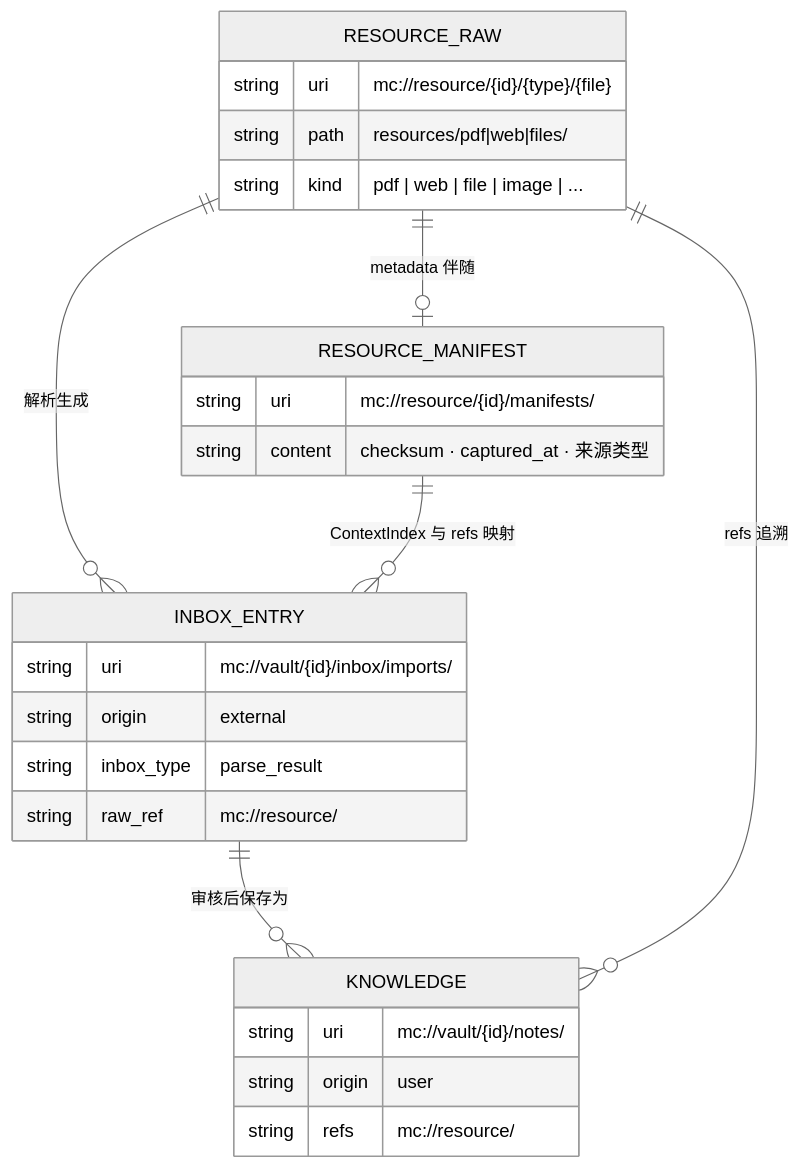
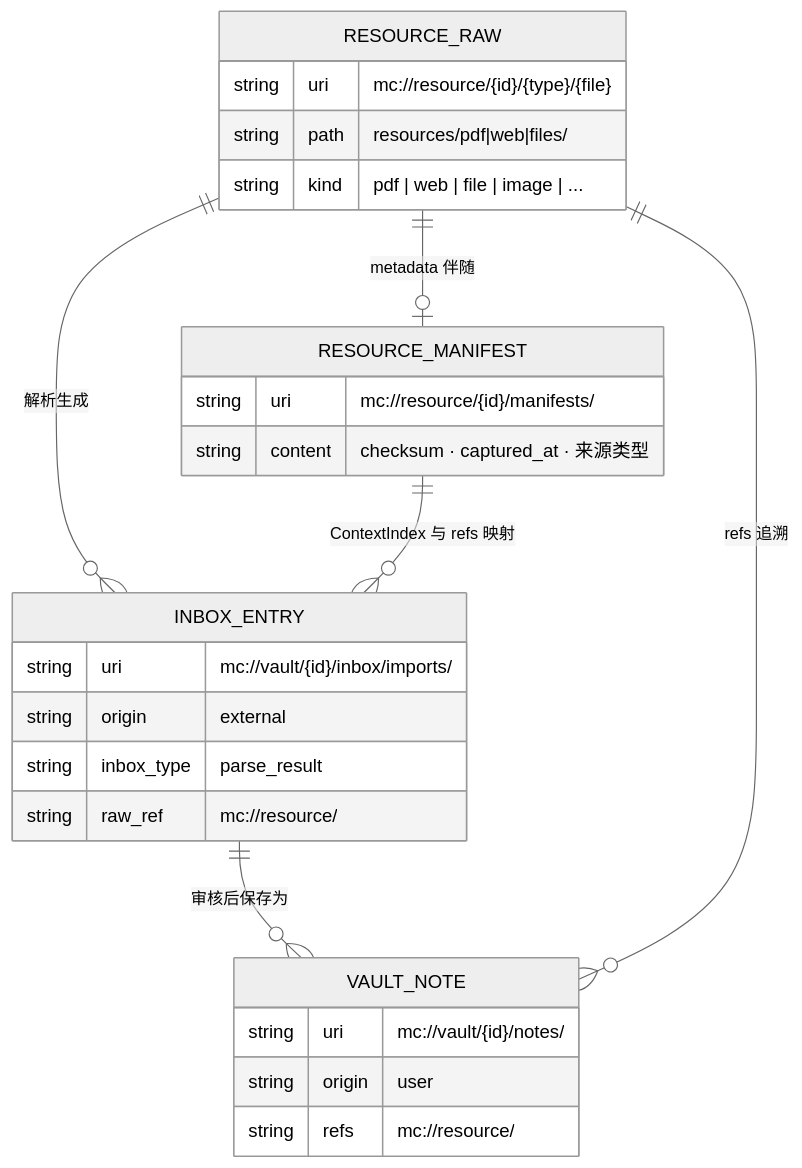
One commit to zhuxining/MindClaw changed the first of 4 diagrams in docs/architecture/06-storage.md. Above: the diagram before and after it, drawn with Mermaid (neutral theme). The commit also changed other lines of this file and 45 other files, not shown here.

First line of the commit message:
refactor: unify terminology from Knowledge to Vault

````diff
--- a/docs/architecture/06-storage.md
+++ b/docs/architecture/06-storage.md
@@ -72,32 +72,32 @@
 ```mermaid
 erDiagram
     RESOURCE_RAW ||--o| RESOURCE_MANIFEST : "metadata 伴随"
     RESOURCE_RAW ||--o{ INBOX_ENTRY : "解析生成"
     RESOURCE_MANIFEST ||--o{ INBOX_ENTRY : "ContextIndex 与 refs 映射"
-    INBOX_ENTRY ||--o{ KNOWLEDGE : "审核后保存为"
-    KNOWLEDGE }o--|| RESOURCE_RAW : "refs 追溯"
+    INBOX_ENTRY ||--o{ VAULT_NOTE : "审核后保存为"
+    VAULT_NOTE }o--|| RESOURCE_RAW : "refs 追溯"
 
     RESOURCE_RAW {
         string uri "mc://resource/{id}/{type}/{file}"
         string path "resources/pdf|web|files/"
         string kind "pdf | web | file | image | ..."
     }
 
     RESOURCE_MANIFEST {
         string uri "mc://resource/{id}/manifests/"
         string content "checksum · captured_at · 来源类型"
     }
 
     INBOX_ENTRY {
         string uri "mc://vault/{id}/inbox/imports/"
         string origin "external"
         string inbox_type "parse_result"
         string raw_ref "mc://resource/"
     }
 
-    KNOWLEDGE {
+    VAULT_NOTE {
         string uri "mc://vault/{id}/notes/"
         string origin "user"
         string refs "mc://resource/"
     }
 ```
````
